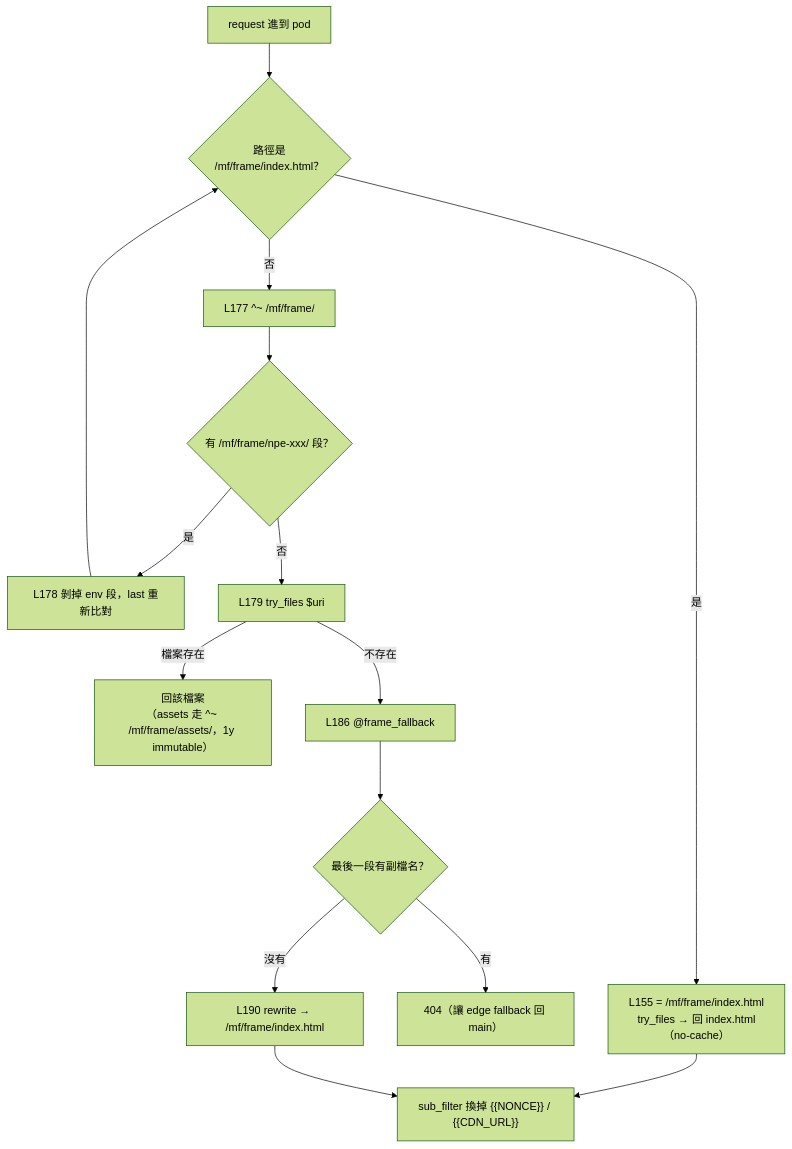
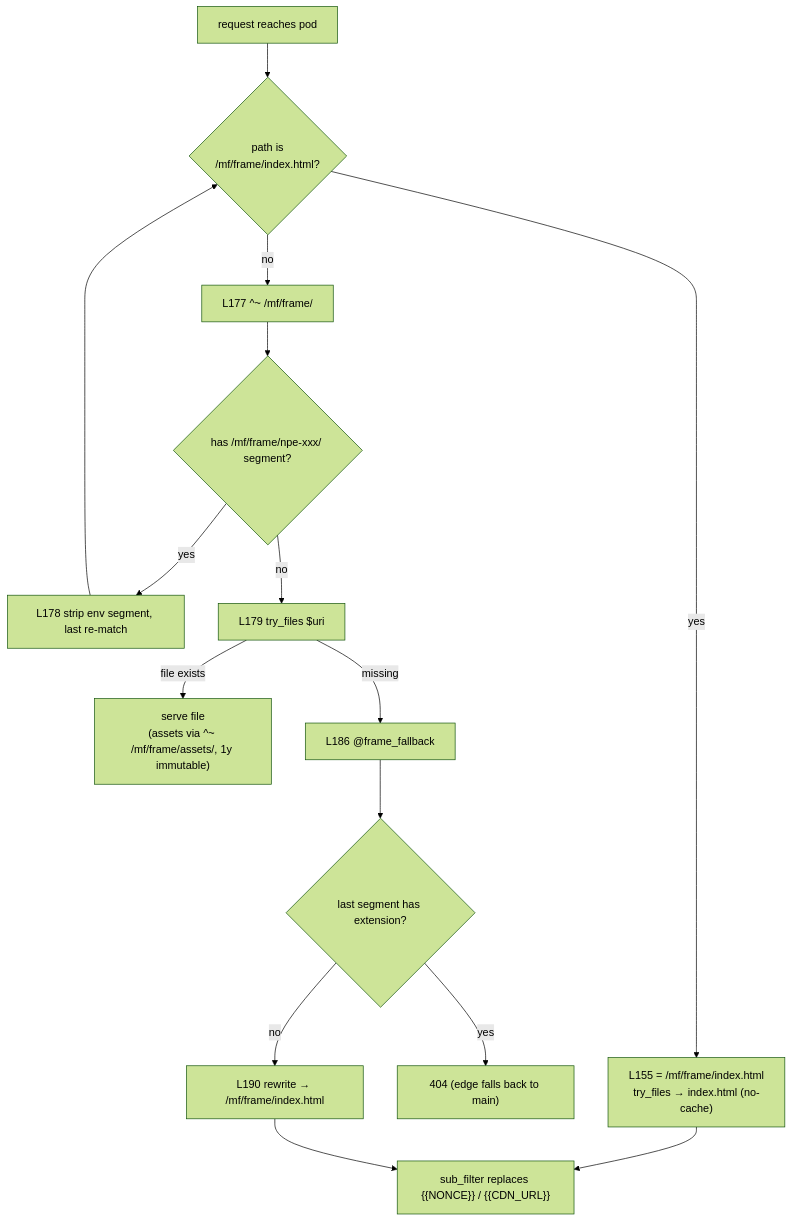
One commit to ns-lhsiao/lhsiao-claude changed the third of 8 diagrams in knowledge/crane-frame-index-serving.md. Above: the diagram before and after it, drawn with Mermaid (forest theme). The commit also changed other lines of this file and 1 other file, not shown here.

````diff
--- a/knowledge/crane-frame-index-serving.md
+++ b/knowledge/crane-frame-index-serving.md
@@ -92,16 +92,16 @@
 ```mermaid
 flowchart TD
-  R["request 進到 pod"] --> Q1{"路徑是<br/>/mf/frame/index.html？"}
-  Q1 -- 是 --> L155["L155 = /mf/frame/index.html<br/>try_files → 回 index.html（no-cache）"]
-  Q1 -- 否 --> L177["L177 ^~ /mf/frame/"]
-  L177 --> Q2{"有 /mf/frame/npe-xxx/ 段？"}
-  Q2 -- 是 --> STRIP["L178 剝掉 env 段，last 重新比對"] --> Q1
-  Q2 -- 否 --> TF["L179 try_files $uri"]
-  TF -- 檔案存在 --> FILE["回該檔案<br/>（assets 走 ^~ /mf/frame/assets/，1y immutable）"]
-  TF -- 不存在 --> FBK["L186 @frame_fallback"]
-  FBK --> Q3{"最後一段有副檔名？"}
-  Q3 -- 有 --> E404["404（讓 edge fallback 回 main）"]
-  Q3 -- 沒有 --> SPA["L190 rewrite → /mf/frame/index.html"]
-  L155 --> SUB["sub_filter 換掉 {{NONCE}} / {{CDN_URL}}"]
+  R["request reaches pod"] --> Q1{"path is<br/>/mf/frame/index.html?"}
+  Q1 -- yes --> L155["L155 = /mf/frame/index.html<br/>try_files → index.html (no-cache)"]
+  Q1 -- no --> L177["L177 ^~ /mf/frame/"]
+  L177 --> Q2{"has /mf/frame/npe-xxx/ segment?"}
+  Q2 -- yes --> STRIP["L178 strip env segment, last re-match"] --> Q1
+  Q2 -- no --> TF["L179 try_files $uri"]
+  TF -- file exists --> FILE["serve file<br/>(assets via ^~ /mf/frame/assets/, 1y immutable)"]
+  TF -- missing --> FBK["L186 @frame_fallback"]
+  FBK --> Q3{"last segment has extension?"}
+  Q3 -- yes --> E404["404 (edge falls back to main)"]
+  Q3 -- no --> SPA["L190 rewrite → /mf/frame/index.html"]
+  L155 --> SUB["sub_filter replaces {{NONCE}} / {{CDN_URL}}"]
   SPA --> SUB
 ```
````
